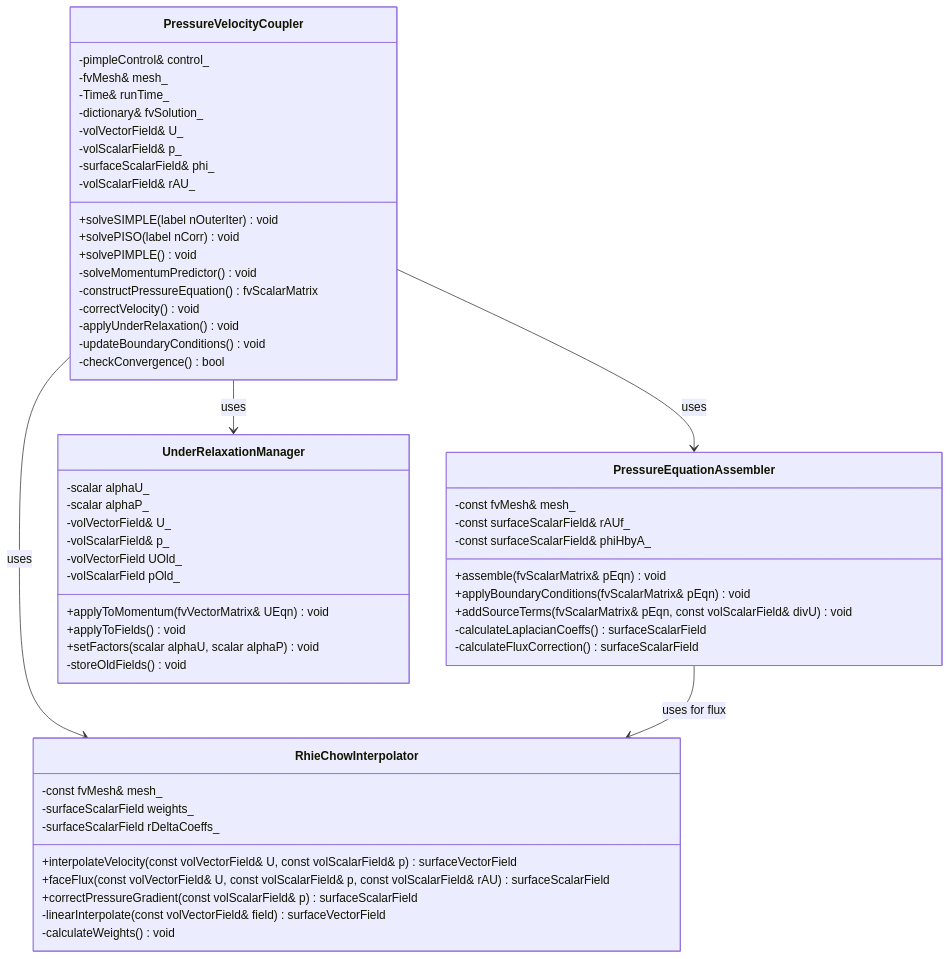
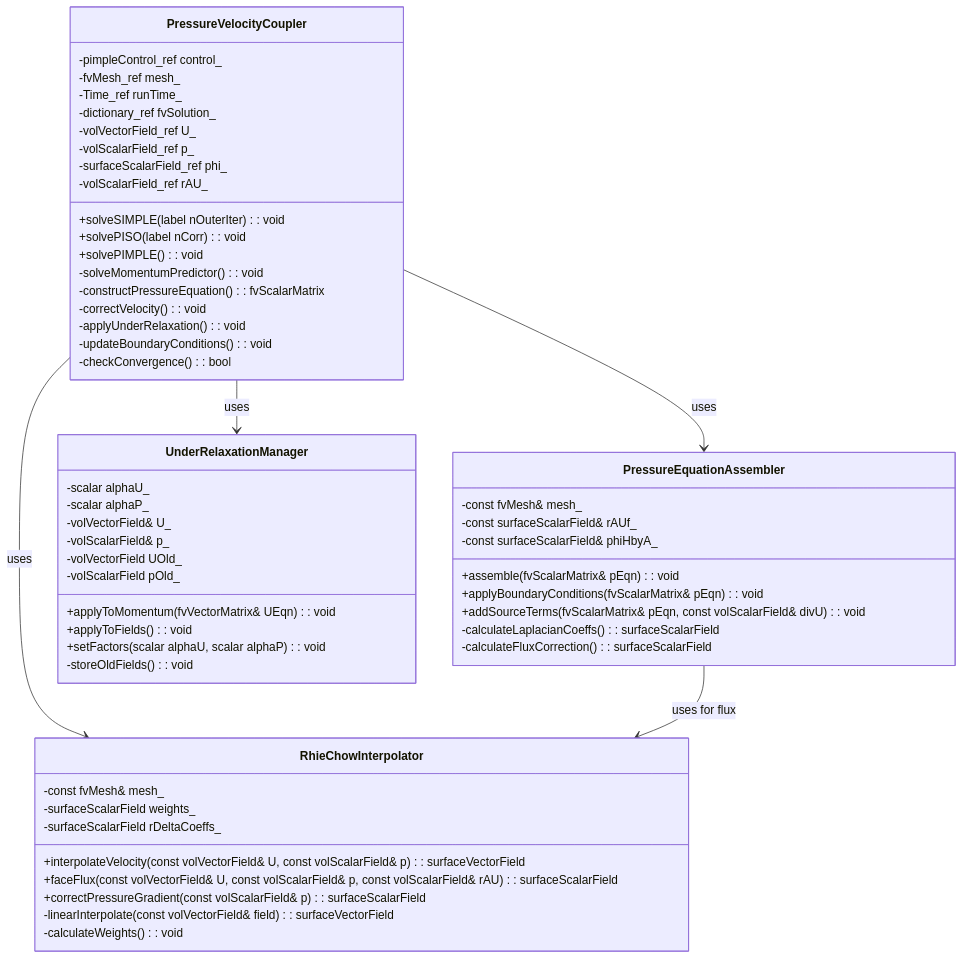
The diagram in daily_learning/2026-01-09.md (wramet/build-my-cfd), drawn with Mermaid before and after one commit. The commit also changed other lines of this file and 11 other files, not shown here.

````diff
--- a/daily_learning/2026-01-09.md
+++ b/daily_learning/2026-01-09.md
@@ -551,64 +708,64 @@
 ```mermaid
 classDiagram
     direction TB
 
     class PressureVelocityCoupler {
-        -pimpleControl& control_
-        -fvMesh& mesh_
-        -Time& runTime_
-        -dictionary& fvSolution_
-        -volVectorField& U_
-        -volScalarField& p_
-        -surfaceScalarField& phi_
-        -volScalarField& rAU_
-        +solveSIMPLE(label nOuterIter) void
-        +solvePISO(label nCorr) void
-        +solvePIMPLE() void
-        -solveMomentumPredictor() void
-        -constructPressureEquation() fvScalarMatrix
-        -correctVelocity() void
-        -applyUnderRelaxation() void
-        -updateBoundaryConditions() void
-        -checkConvergence() bool
+        -pimpleControl_ref control_
+        -fvMesh_ref mesh_
+        -Time_ref runTime_
+        -dictionary_ref fvSolution_
+        -volVectorField_ref U_
+        -volScalarField_ref p_
+        -surfaceScalarField_ref phi_
+        -volScalarField_ref rAU_
+        +solveSIMPLE(label nOuterIter) : void
+        +solvePISO(label nCorr) : void
+        +solvePIMPLE() : void
+        -solveMomentumPredictor() : void
+        -constructPressureEquation() : fvScalarMatrix
+        -correctVelocity() : void
+        -applyUnderRelaxation() : void
+        -updateBoundaryConditions() : void
+        -checkConvergence() : bool
     }
 
     class RhieChowInterpolator {
         -const fvMesh& mesh_
         -surfaceScalarField weights_
         -surfaceScalarField rDeltaCoeffs_
-        +interpolateVelocity(const volVectorField& U, const volScalarField& p) surfaceVectorField
-        +faceFlux(const volVectorField& U, const volScalarField& p, const volScalarField& rAU) surfaceScalarField
-        +correctPressureGradient(const volScalarField& p) surfaceScalarField
-        -linearInterpolate(const volVectorField& field) surfaceVectorField
-        -calculateWeights() void
+        +interpolateVelocity(const volVectorField& U, const volScalarField& p) : surfaceVectorField
+        +faceFlux(const volVectorField& U, const volScalarField& p, const volScalarField& rAU) : surfaceScalarField
+        +correctPressureGradient(const volScalarField& p) : surfaceScalarField
+        -linearInterpolate(const volVectorField& field) : surfaceVectorField
+        -calculateWeights() : void
     }
 
     class PressureEquationAssembler {
         -const fvMesh& mesh_
         -const surfaceScalarField& rAUf_
         -const surfaceScalarField& phiHbyA_
-        +assemble(fvScalarMatrix& pEqn) void
-        +applyBoundaryConditions(fvScalarMatrix& pEqn) void
-        +addSourceTerms(fvScalarMatrix& pEqn, const volScalarField& divU) void
-        -calculateLaplacianCoeffs() surfaceScalarField
-        -calculateFluxCorrection() surfaceScalarField
+        +assemble(fvScalarMatrix& pEqn) : void
+        +applyBoundaryConditions(fvScalarMatrix& pEqn) : void
+        +addSourceTerms(fvScalarMatrix& pEqn, const volScalarField& divU) : void
+        -calculateLaplacianCoeffs() : surfaceScalarField
+        -calculateFluxCorrection() : surfaceScalarField
     }
 
     class UnderRelaxationManager {
         -scalar alphaU_
         -scalar alphaP_
         -volVectorField& U_
         -volScalarField& p_
         -volVectorField UOld_
         -volScalarField pOld_
-        +applyToMomentum(fvVectorMatrix& UEqn) void
-        +applyToFields() void
-        +setFactors(scalar alphaU, scalar alphaP) void
-        -storeOldFields() void
+        +applyToMomentum(fvVectorMatrix& UEqn) : void
+        +applyToFields() : void
+        +setFactors(scalar alphaU, scalar alphaP) : void
+        -storeOldFields() : void
     }
 
     PressureVelocityCoupler --> RhieChowInterpolator : uses
     PressureVelocityCoupler --> PressureEquationAssembler : uses
     PressureVelocityCoupler --> UnderRelaxationManager : uses
     PressureEquationAssembler --> RhieChowInterpolator : uses for flux
 ```
````
